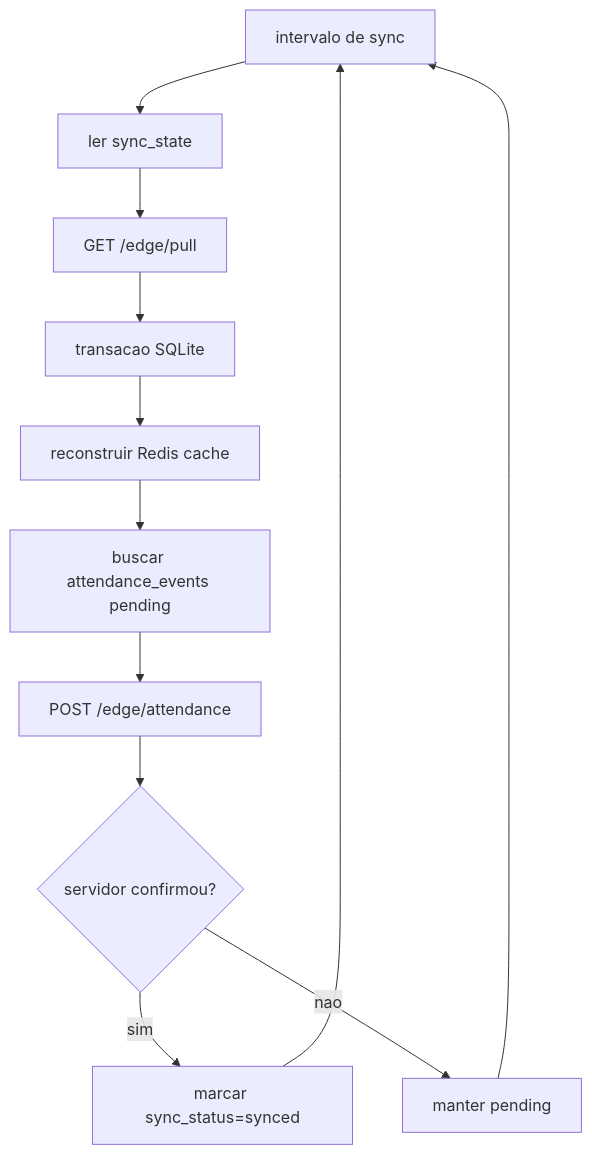
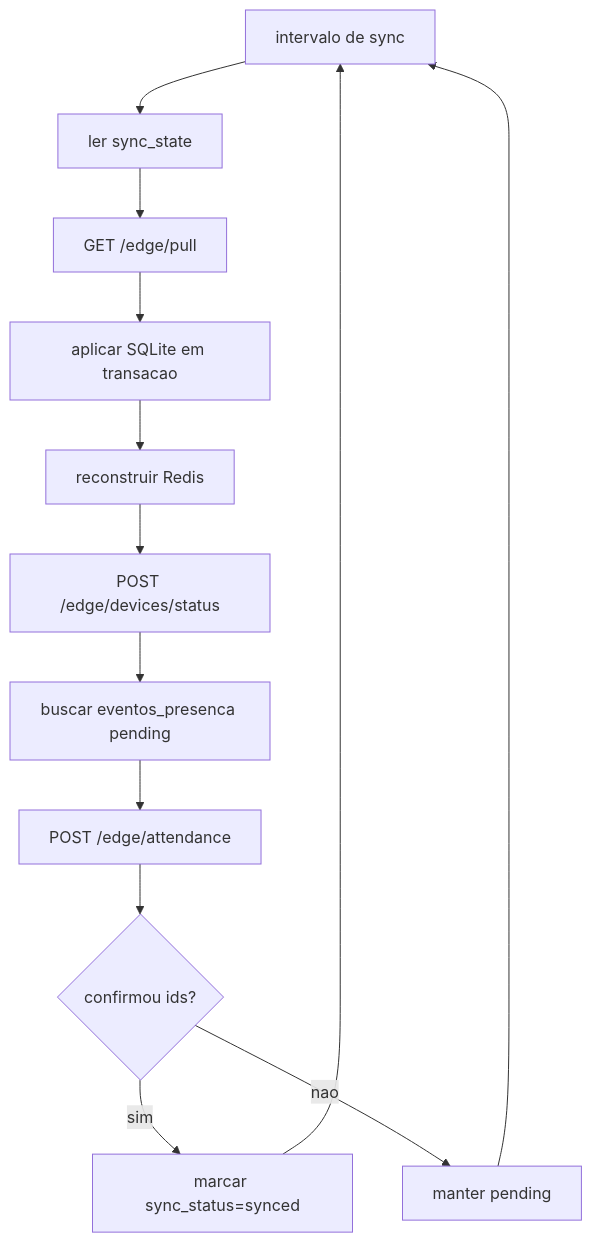
The fourth of 4 diagrams in README.md (DanielKGM/autoponto-edgenode), drawn with Mermaid before and after one commit. The commit also changed other lines of this file and 14 other files, not shown here.

````diff
--- a/README.md
+++ b/README.md
@@ -200,14 +320,15 @@
 ```mermaid
 flowchart TD
   Timer[intervalo de sync] --> Cursors[ler sync_state]
   Cursors --> Pull[GET /edge/pull]
-  Pull --> Tx[transacao SQLite]
-  Tx --> Cache[reconstruir Redis cache]
-  Cache --> Pending[buscar attendance_events pending]
+  Pull --> Tx[aplicar SQLite em transacao]
+  Tx --> Cache[reconstruir Redis]
+  Cache --> Status[POST /edge/devices/status]
+  Status --> Pending[buscar eventos_presenca pending]
   Pending --> Push[POST /edge/attendance]
-  Push --> Confirm{servidor confirmou?}
+  Push --> Confirm{confirmou ids?}
   Confirm -->|sim| Synced[marcar sync_status=synced]
   Confirm -->|nao| Retry[manter pending]
+  Synced --> Timer
   Retry --> Timer
-  Synced --> Timer
 ```
````
